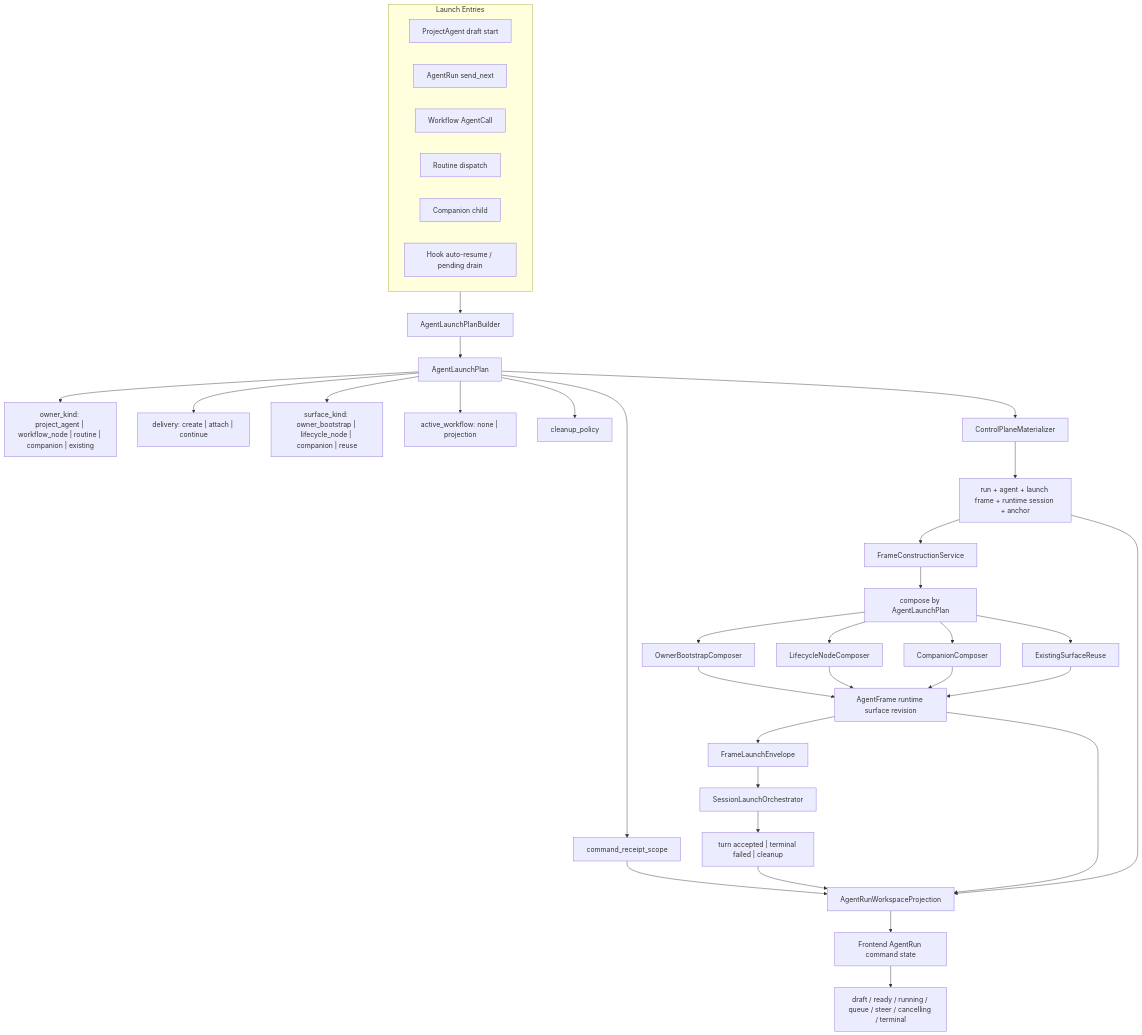
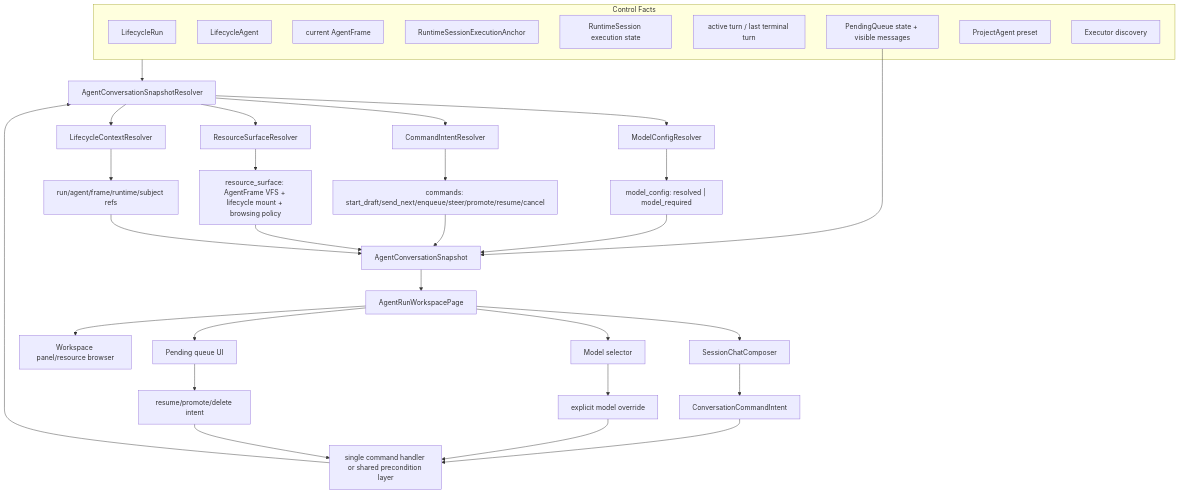
The second of 5 diagrams in .trellis/tasks/06-12-agent-run-lifecycle-convergence/design.md (syan2018/AgentDash), drawn with Mermaid before and after one commit. The commit also changed other lines of this file and 4 other files, not shown here.

First line of the commit message:
docs(trellis): 重建 AgentRun 会话体系规划

````diff
--- a/.trellis/tasks/06-12-agent-run-lifecycle-convergence/design.md
+++ b/.trellis/tasks/06-12-agent-run-lifecycle-convergence/design.md
@@ -62,47 +82,46 @@
 ```mermaid
 flowchart TD
-  subgraph Entry["Launch Entries"]
-    E1["ProjectAgent draft start"]
-    E2["AgentRun send_next"]
-    E3["Workflow AgentCall"]
-    E4["Routine dispatch"]
-    E5["Companion child"]
-    E6["Hook auto-resume / pending drain"]
+  subgraph Facts["Control Facts"]
+    Run["LifecycleRun"]
+    Agent["LifecycleAgent"]
+    Frame["current AgentFrame"]
+    Anchor["RuntimeSessionExecutionAnchor"]
+    Runtime["RuntimeSession execution state"]
+    Turn["active turn / last terminal turn"]
+    Pending["PendingQueue state + visible messages"]
+    ProjectAgent["ProjectAgent preset"]
+    Discovery["Executor discovery"]
   end
 
-  Entry --> PlanBuilder["AgentLaunchPlanBuilder"]
-  PlanBuilder --> Plan["AgentLaunchPlan"]
+  Facts --> Resolver["AgentConversationSnapshotResolver"]
 
-  Plan --> Owner["owner_kind: project_agent | workflow_node | routine | companion | existing"]
-  Plan --> Delivery["delivery: create | attach | continue"]
-  Plan --> Surface["surface_kind: owner_bootstrap | lifecycle_node | companion | reuse"]
-  Plan --> ActiveWorkflow["active_workflow: none | projection"]
-  Plan --> Cleanup["cleanup_policy"]
-  Plan --> Receipt["command_receipt_scope"]
+  Resolver --> ModelResolver["ModelConfigResolver"]
+  Resolver --> CommandResolver["CommandIntentResolver"]
+  Resolver --> ResourceResolver["ResourceSurfaceResolver"]
+  Resolver --> LifecycleResolver["LifecycleContextResolver"]
 
-  Plan --> Dispatch["ControlPlaneMaterializer"]
-  Dispatch --> Evidence["run + agent + launch frame + runtime session + anchor"]
-  Evidence --> Construction["FrameConstructionService"]
-  Construction --> Router["compose by AgentLaunchPlan"]
-  Router --> OwnerSurface["OwnerBootstrapComposer"]
-  Router --> NodeSurface["LifecycleNodeComposer"]
-  Router --> CompanionSurface["CompanionComposer"]
-  Router --> ReuseSurface["ExistingSurfaceReuse"]
+  ModelResolver --> ModelState["model_config: resolved | model_required"]
+  CommandResolver --> Commands["commands: start_draft/send_next/enqueue/steer/promote/resume/cancel"]
+  ResourceResolver --> Surface["resource_surface: AgentFrame VFS + lifecycle mount + browsing policy"]
+  LifecycleResolver --> Context["run/agent/frame/runtime/subject refs"]
 
-  OwnerSurface --> RuntimeFrame["AgentFrame runtime surface revision"]
-  NodeSurface --> RuntimeFrame
-  CompanionSurface --> RuntimeFrame
-  ReuseSurface --> RuntimeFrame
+  ModelState --> Snapshot["AgentConversationSnapshot"]
+  Commands --> Snapshot
+  Surface --> Snapshot
+  Context --> Snapshot
+  Pending --> Snapshot
 
-  RuntimeFrame --> LaunchEnvelope["FrameLaunchEnvelope"]
-  LaunchEnvelope --> SessionLaunch["SessionLaunchOrchestrator"]
-  SessionLaunch --> DeliveryResult["turn accepted | terminal failed | cleanup"]
+  Snapshot --> FEPage["AgentRunWorkspacePage"]
+  FEPage --> Composer["SessionChatComposer"]
+  FEPage --> ModelSelector["Model selector"]
+  FEPage --> PendingUI["Pending queue UI"]
+  FEPage --> WorkspacePanel["Workspace panel/resource browser"]
 
-  DeliveryResult --> WorkspaceProjection["AgentRunWorkspaceProjection"]
-  Evidence --> WorkspaceProjection
-  RuntimeFrame --> WorkspaceProjection
-  Receipt --> WorkspaceProjection
-
-  WorkspaceProjection --> FEState["Frontend AgentRun command state"]
-  FEState --> UI["draft / ready / running / queue / steer / cancelling / terminal"]
+  Composer --> Intent["ConversationCommandIntent"]
+  ModelSelector --> ModelOverride["explicit model override"]
+  PendingUI --> PendingIntent["resume/promote/delete intent"]
+  Intent --> CommandAPI["single command handler or shared precondition layer"]
+  ModelOverride --> CommandAPI
+  PendingIntent --> CommandAPI
+  CommandAPI --> Resolver
 ```
````
